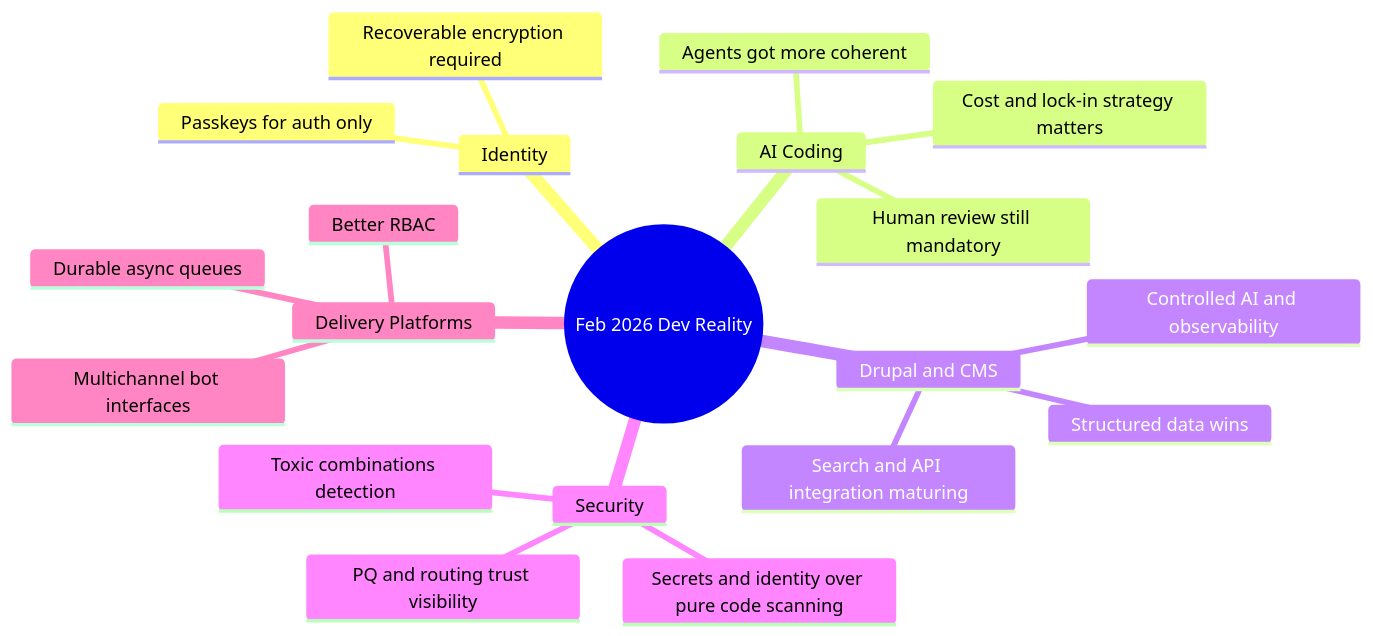
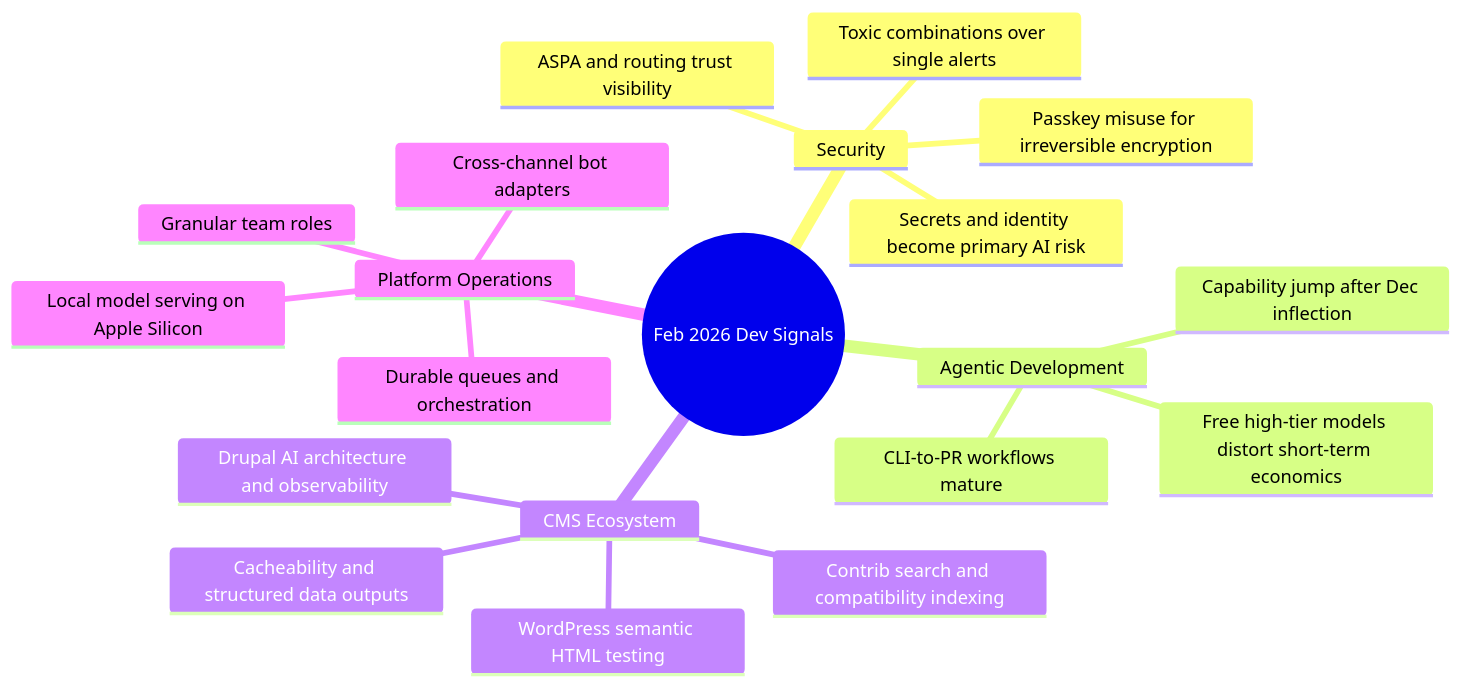
One commit to victorstack-ai/agent-blog changed the diagram in blog/2026-02-28-please-please-please-stop-using-passkeys-for-encrypting-user.md. Above: the diagram before and after it, drawn with Mermaid. The commit also changed other lines of this file and 7 other files, not shown here.

````diff
--- a/blog/2026-02-28-please-please-please-stop-using-passkeys-for-encrypting-user.md
+++ b/blog/2026-02-28-please-please-please-stop-using-passkeys-for-encrypting-user.md
@@ -138,23 +180,23 @@
 ```mermaid
 mindmap
-  root((Feb 2026 Dev Reality))
-    Identity
-      Passkeys for auth only
-      Recoverable encryption required
-    AI Coding
-      Agents got more coherent
-      Human review still mandatory
-      Cost and lock-in strategy matters
-    Drupal and CMS
-      Structured data wins
-      Controlled AI and observability
-      Search and API integration maturing
+  root((Feb 2026 Dev Signals))
     Security
-      Secrets and identity over pure code scanning
-      Toxic combinations detection
-      PQ and routing trust visibility
-    Delivery Platforms
-      Durable async queues
-      Better RBAC
-      Multichannel bot interfaces
+      Passkey misuse for irreversible encryption
+      Secrets and identity become primary AI risk
+      Toxic combinations over single alerts
+      ASPA and routing trust visibility
+    Agentic Development
+      Capability jump after Dec inflection
+      CLI-to-PR workflows mature
+      Free high-tier models distort short-term economics
+    CMS Ecosystem
+      Drupal AI architecture and observability
+      Cacheability and structured data outputs
+      WordPress semantic HTML testing
+      Contrib search and compatibility indexing
+    Platform Operations
+      Durable queues and orchestration
+      Granular team roles
+      Cross-channel bot adapters
+      Local model serving on Apple Silicon
 ```
````
